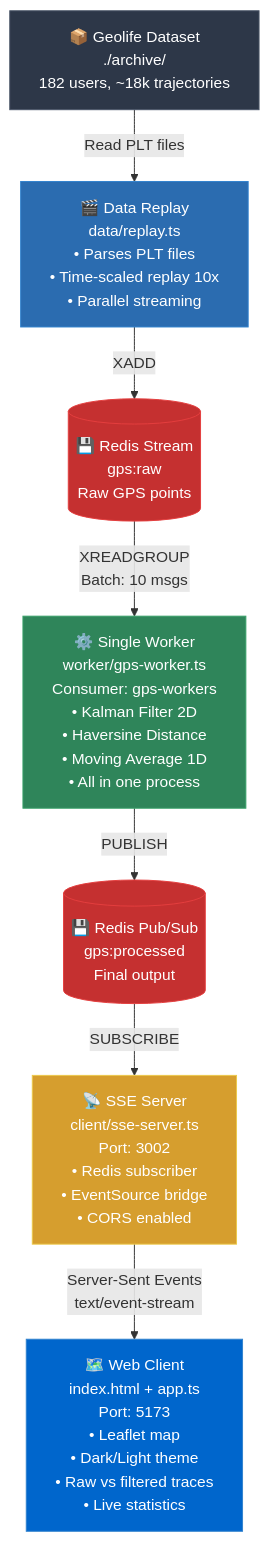
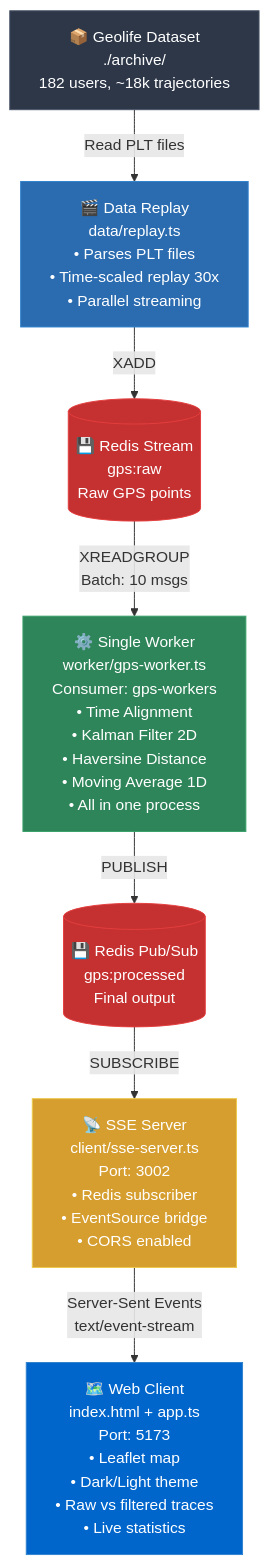
Before and after one commit to A-KGeorge/serverless-gps-demo-dspx: the first of 4 diagrams in ARCHITECTURE.md, drawn with Mermaid. The commit also changed other lines of this file and 8 other files, not shown here.

````diff
--- a/ARCHITECTURE.md
+++ b/ARCHITECTURE.md
@@ -7,31 +7,31 @@
 ```mermaid
 flowchart TD
     Dataset[📦 Geolife Dataset<br/>./archive/<br/>182 users, ~18k trajectories]
 
-    Replay[🎬 Data Replay<br/>data/replay.ts<br/>• Parses PLT files<br/>• Time-scaled replay 10x<br/>• Parallel streaming]
+    Replay[🎬 Data Replay<br/>data/replay.ts<br/>• Parses PLT files<br/>• Time-scaled replay 30x<br/>• Parallel streaming]
 
     RedisStream[(💾 Redis Stream<br/>gps:raw<br/>Raw GPS points)]
 
-    Worker[⚙️ Single Worker<br/>worker/gps-worker.ts<br/>Consumer: gps-workers<br/>• Kalman Filter 2D<br/>• Haversine Distance<br/>• Moving Average 1D<br/>• All in one process]
+    Worker[⚙️ Single Worker<br/>worker/gps-worker.ts<br/>Consumer: gps-workers<br/>• Time Alignment<br/>• Kalman Filter 2D<br/>• Haversine Distance<br/>• Moving Average 1D<br/>• All in one process]
 
     RedisPubSub[(💾 Redis Pub/Sub<br/>gps:processed<br/>Final output)]
 
     SSE[📡 SSE Server<br/>client/sse-server.ts<br/>Port: 3002<br/>• Redis subscriber<br/>• EventSource bridge<br/>• CORS enabled]
 
     Client[🗺️ Web Client<br/>index.html + app.ts<br/>Port: 5173<br/>• Leaflet map<br/>• Dark/Light theme<br/>• Raw vs filtered traces<br/>• Live statistics]
 
     Dataset -->|Read PLT files| Replay
     Replay -->|XADD| RedisStream
     RedisStream -->|XREADGROUP<br/>Batch: 10 msgs| Worker
     Worker -->|PUBLISH| RedisPubSub
     RedisPubSub -->|SUBSCRIBE| SSE
     SSE -->|Server-Sent Events<br/>text/event-stream| Client
 
     style Dataset fill:#2d3748,stroke:#4a5568,color:#fff
     style Replay fill:#2b6cb0,stroke:#3182ce,color:#fff
     style RedisStream fill:#c53030,stroke:#e53e3e,color:#fff
     style Worker fill:#2f855a,stroke:#38a169,color:#fff
     style RedisPubSub fill:#c53030,stroke:#e53e3e,color:#fff
     style SSE fill:#d69e2e,stroke:#ecc94b,color:#fff
     style Client fill:#0066cc,stroke:#3182ce,color:#fff
 ```
````
